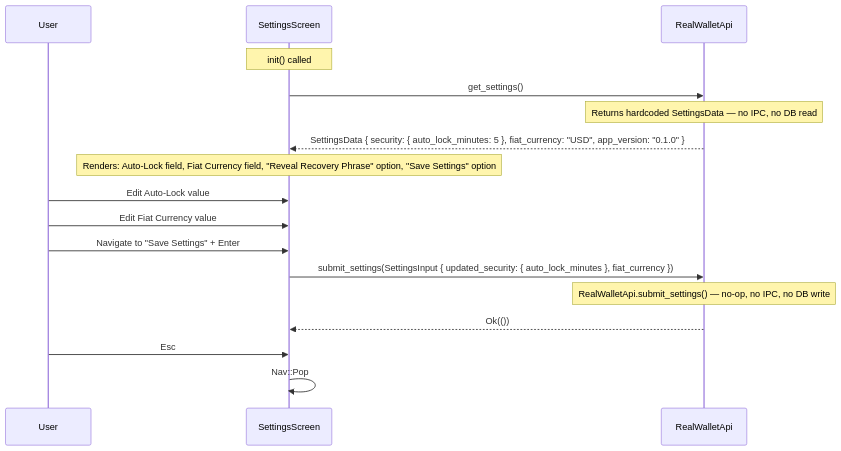
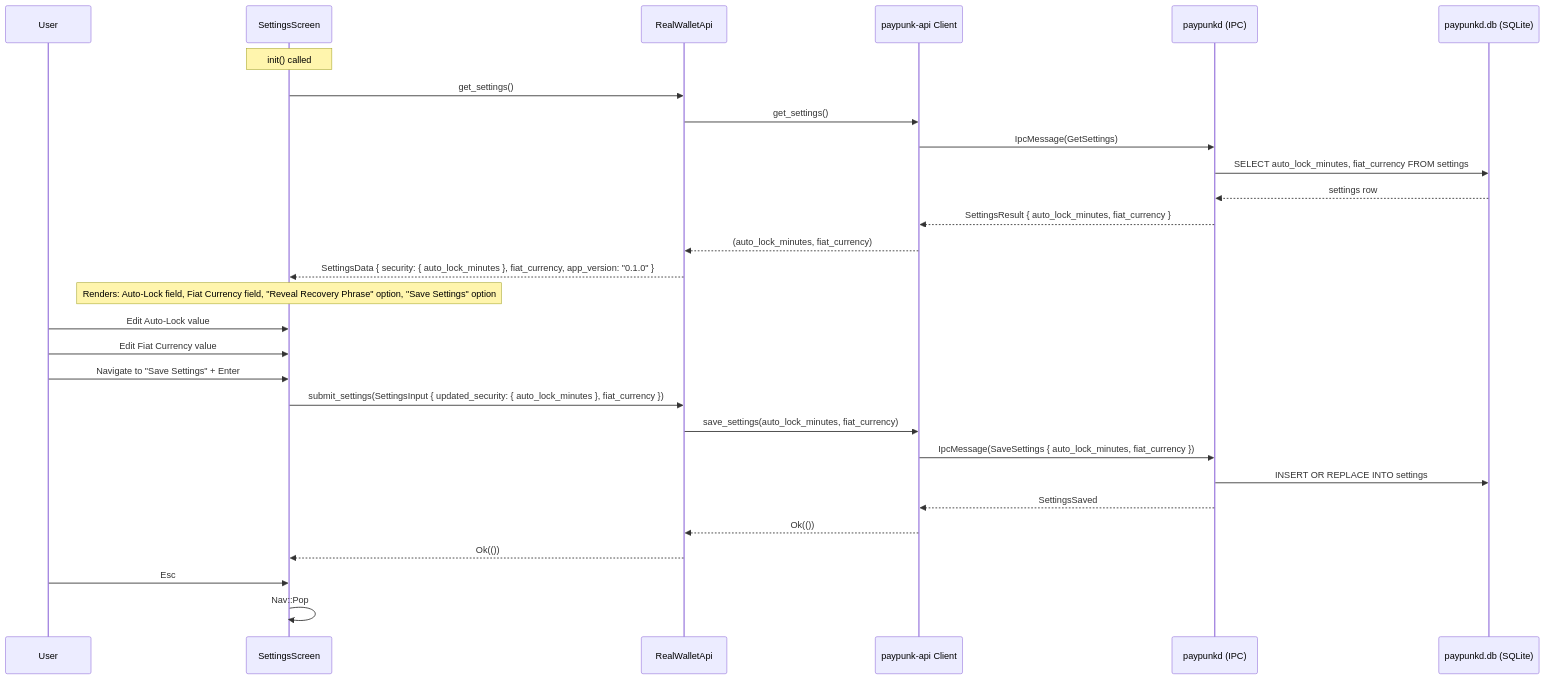
The first of 2 diagrams in tui/docs/usecases/08-settings.md (blockhackersio/paypunk), drawn with Mermaid before and after one commit. The commit also changed other lines of this file and 8 other files, not shown here.

````diff
--- a/tui/docs/usecases/08-settings.md
+++ b/tui/docs/usecases/08-settings.md
@@ -14,26 +11,36 @@
 ```mermaid
 sequenceDiagram
     participant U as User
     participant TUI as SettingsScreen
     participant API as RealWalletApi
+    participant Client as paypunk-api Client
+    participant paypunkd as paypunkd (IPC)
+    participant SQLite as paypunkd.db (SQLite)
 
     Note over TUI: init() called
     TUI->>API: get_settings()
-    Note over API: Returns hardcoded SettingsData — no IPC, no DB read
-    API-->>TUI: SettingsData { security: { auto_lock_minutes: 5 }, fiat_currency: "USD", app_version: "0.1.0" }
+    API->>Client: get_settings()
+    Client->>paypunkd: IpcMessage(GetSettings)
+    paypunkd->>SQLite: SELECT auto_lock_minutes, fiat_currency FROM settings
+    SQLite-->>paypunkd: settings row
+    paypunkd-->>Client: SettingsResult { auto_lock_minutes, fiat_currency }
+    Client-->>API: (auto_lock_minutes, fiat_currency)
+    API-->>TUI: SettingsData { security: { auto_lock_minutes }, fiat_currency, app_version: "0.1.0" }
 
     Note over TUI: Renders: Auto-Lock field, Fiat Currency field, "Reveal Recovery Phrase" option, "Save Settings" option
 
     U->>TUI: Edit Auto-Lock value
     U->>TUI: Edit Fiat Currency value
     U->>TUI: Navigate to "Save Settings" + Enter
 
     TUI->>API: submit_settings(SettingsInput { updated_security: { auto_lock_minutes }, fiat_currency })
-
-    Note over API: RealWalletApi.submit_settings() — no-op, no IPC, no DB write
-
+    API->>Client: save_settings(auto_lock_minutes, fiat_currency)
+    Client->>paypunkd: IpcMessage(SaveSettings { auto_lock_minutes, fiat_currency })
+    paypunkd->>SQLite: INSERT OR REPLACE INTO settings
+    paypunkd-->>Client: SettingsSaved
+    Client-->>API: Ok(())
     API-->>TUI: Ok(())
 
     U->>TUI: Esc
     TUI->>TUI: Nav::Pop
 ```
````
